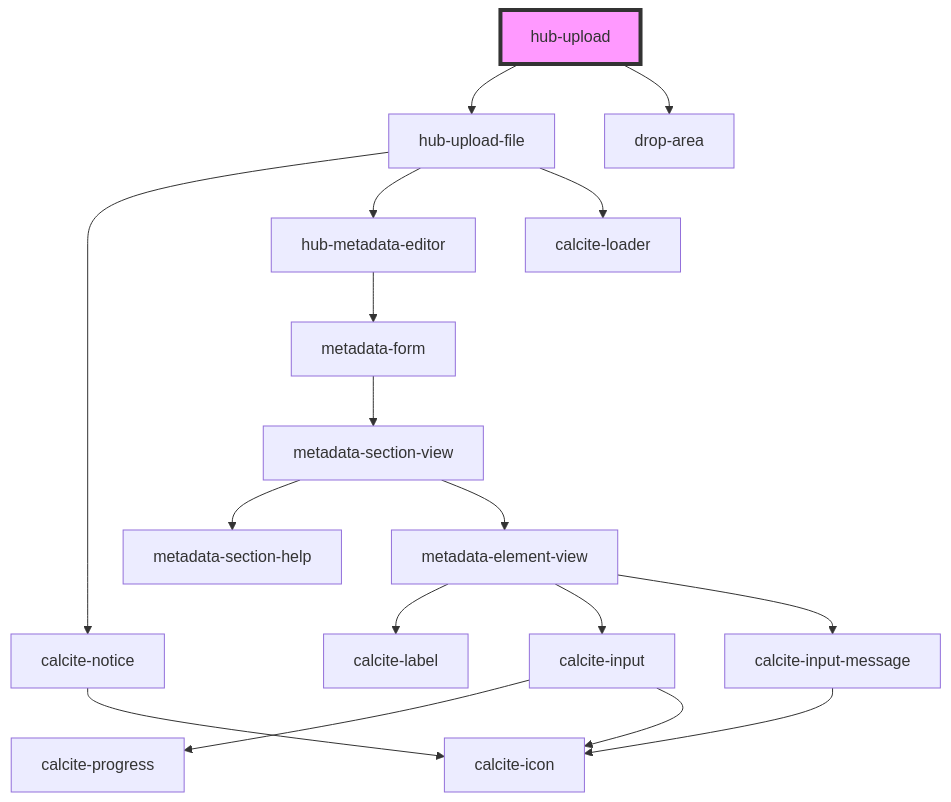
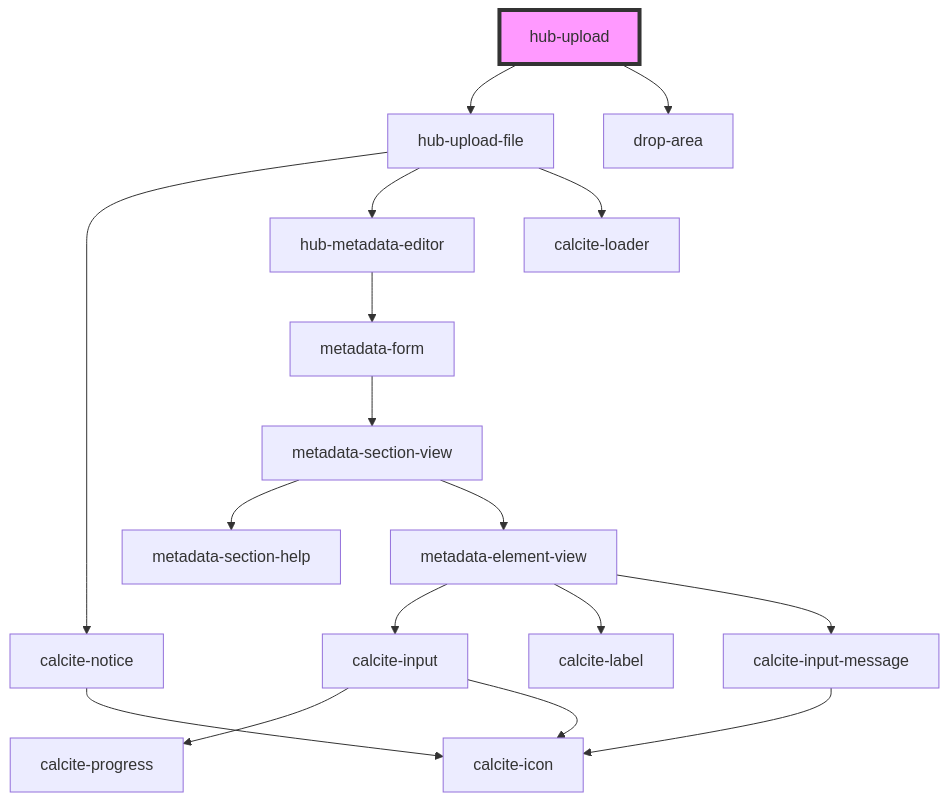
The diagram in src/components/blocks/hub-upload/readme.md (esridc/hub-components-experiments), drawn with Mermaid before and after one commit. The commit also changed other lines of this file and 18 other files, not shown here.

````diff
--- a/src/components/blocks/hub-upload/readme.md
+++ b/src/components/blocks/hub-upload/readme.md
@@ -54,20 +54,20 @@
 ```mermaid
 graph TD;
   hub-upload --> hub-upload-file
   hub-upload --> drop-area
   hub-upload-file --> calcite-notice
   hub-upload-file --> hub-metadata-editor
   hub-upload-file --> calcite-loader
   calcite-notice --> calcite-icon
   hub-metadata-editor --> metadata-form
   metadata-form --> metadata-section-view
   metadata-section-view --> metadata-section-help
   metadata-section-view --> metadata-element-view
+  metadata-element-view --> calcite-input
   metadata-element-view --> calcite-label
-  metadata-element-view --> calcite-input
   metadata-element-view --> calcite-input-message
   calcite-input --> calcite-progress
   calcite-input --> calcite-icon
   calcite-input-message --> calcite-icon
   style hub-upload fill:#f9f,stroke:#333,stroke-width:4px
 ```
````
